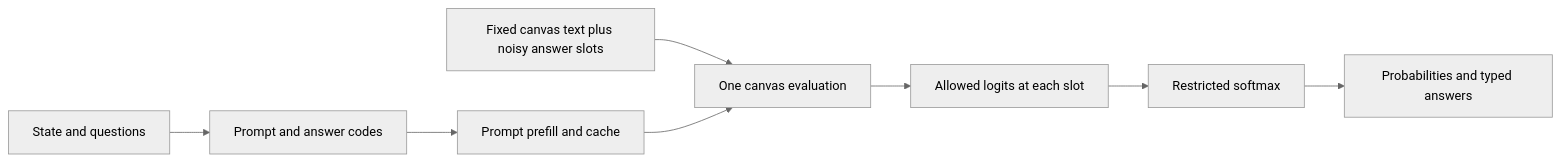
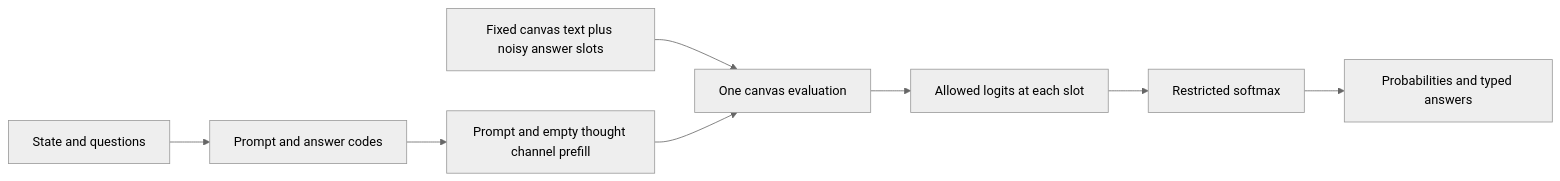
One commit to zojeda/llama-cpp-system-one changed the diagram in docs/inference.md. Above: the diagram before and after it, drawn with Mermaid (neutral theme). The commit also changed other lines of this file and 82 other files, not shown here.

````diff
--- a/docs/inference.md
+++ b/docs/inference.md
@@ -38,10 +39,10 @@
 ```mermaid
 flowchart LR
     R[State and questions] --> P[Prompt and answer codes]
-    P --> K[Prompt prefill and cache]
+    P --> K[Prompt and empty thought channel prefill]
     C[Fixed canvas text plus noisy answer slots] --> D[One canvas evaluation]
     K --> D
     D --> L[Allowed logits at each slot]
     L --> S[Restricted softmax]
     S --> A[Probabilities and typed answers]
 ```
````
